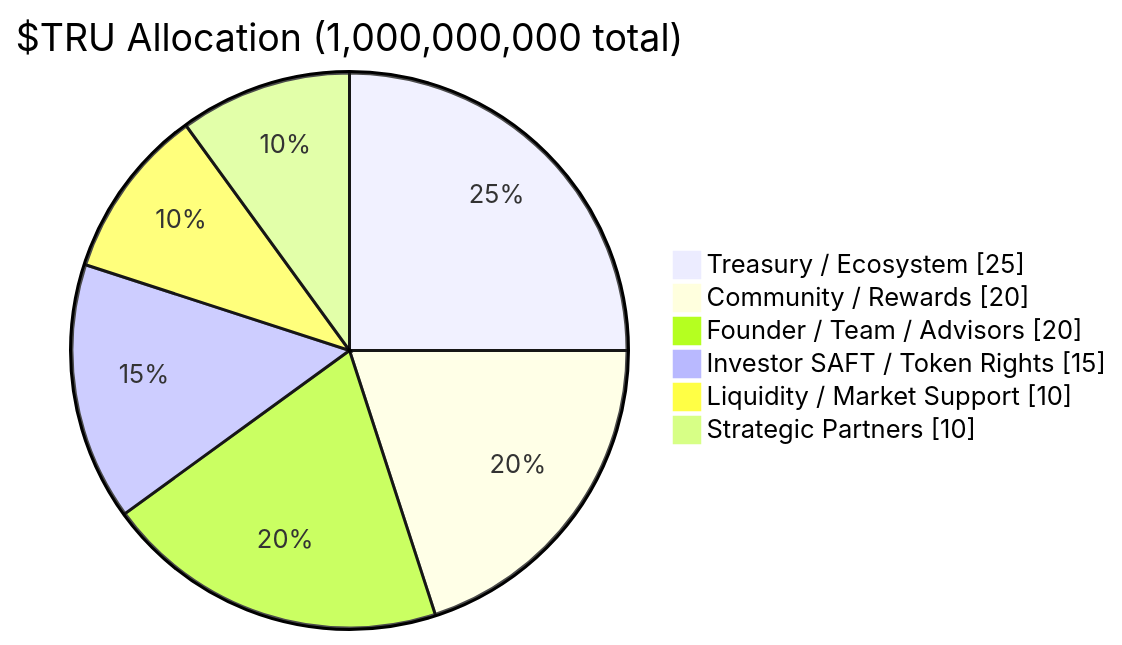
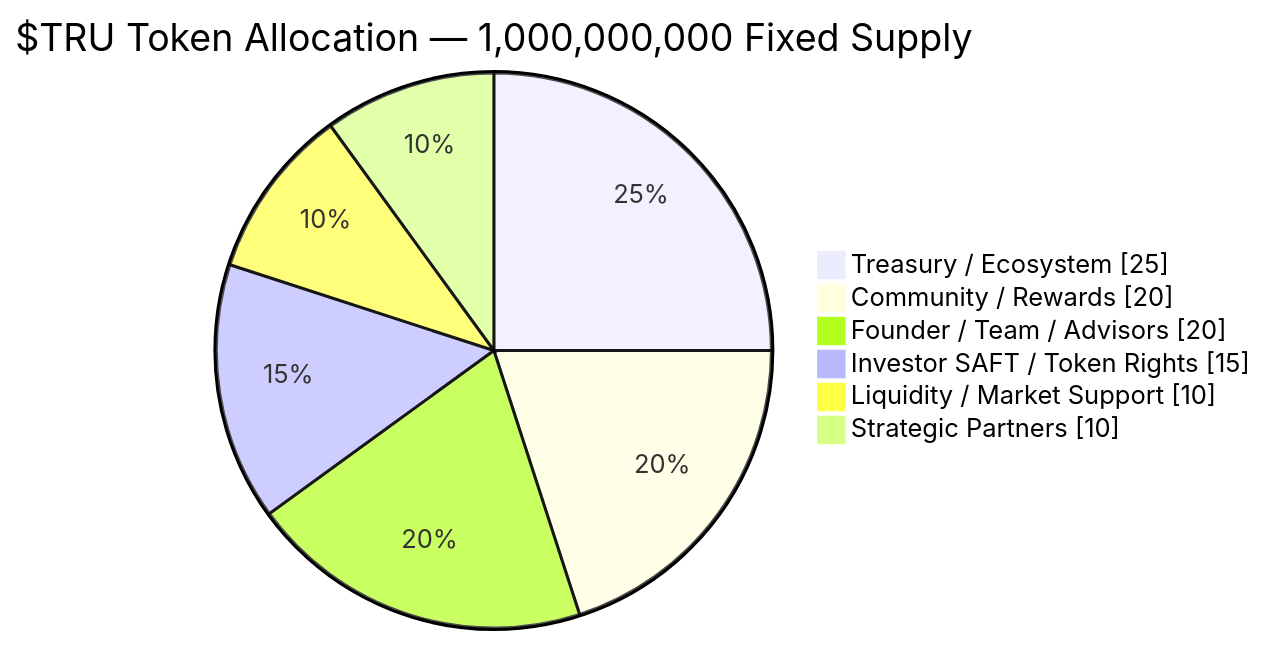
Before and after one commit to Gur-noor/Property-United: the diagram in docs/tokenomics.md, drawn with Mermaid. The commit also changed 17 other files, not shown here.

````diff
--- a/docs/tokenomics.md
+++ b/docs/tokenomics.md
@@ -35,10 +35,10 @@
 ```mermaid
 pie showData
-    title $TRU Allocation (1,000,000,000 total)
+    title $TRU Token Allocation — 1,000,000,000 Fixed Supply
     "Treasury / Ecosystem" : 25
     "Community / Rewards" : 20
     "Founder / Team / Advisors" : 20
     "Investor SAFT / Token Rights" : 15
     "Liquidity / Market Support" : 10
     "Strategic Partners" : 10
 ```
````
